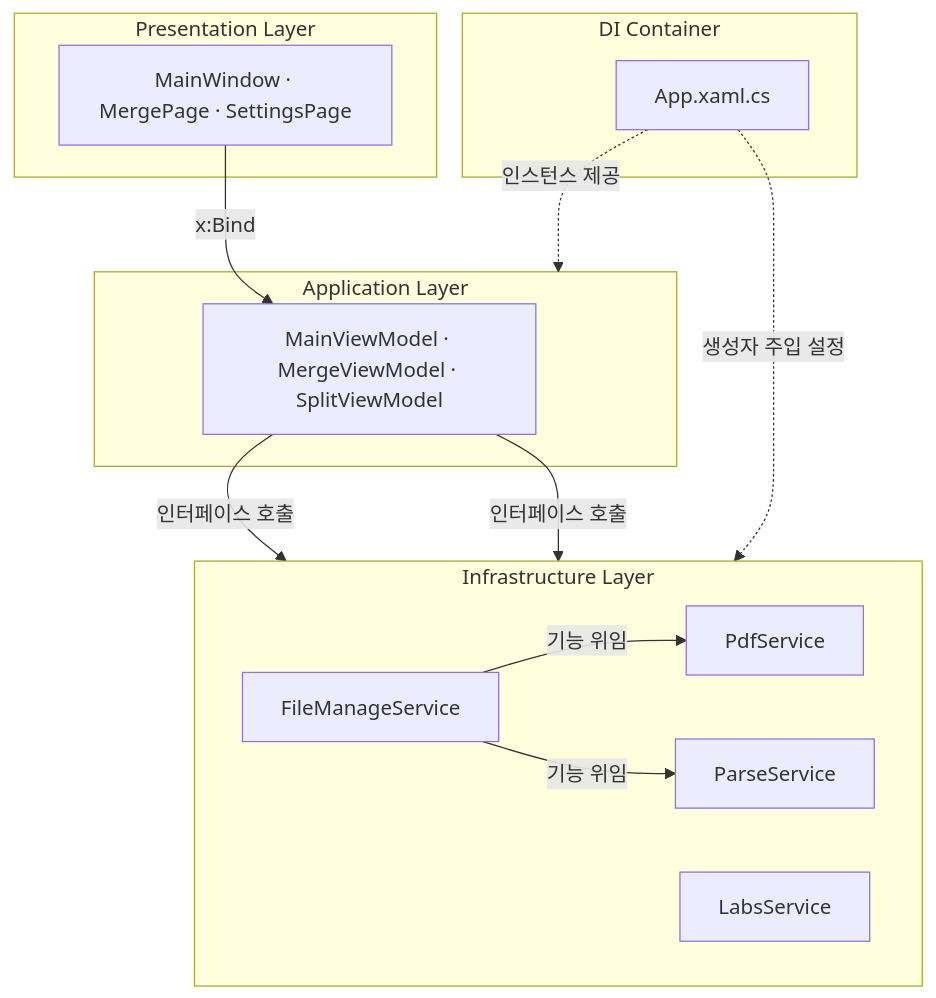
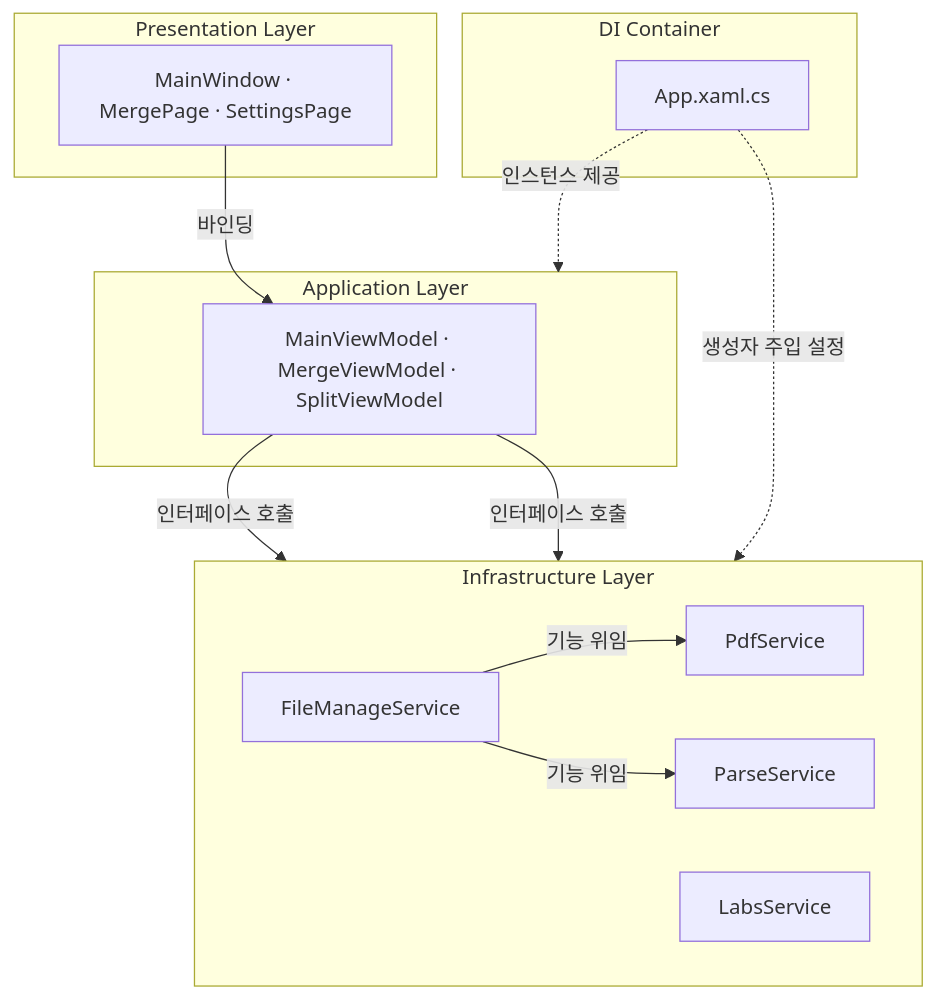
The diagram in _posts/마일스톤/기타 개발/2026-03-27-pascal-devlog.md (hyngng/hyngng.github.io), drawn with Mermaid before and after one commit.

````diff
--- a/_posts/마일스톤/기타 개발/2026-03-27-pascal-devlog.md
+++ b/_posts/마일스톤/기타 개발/2026-03-27-pascal-devlog.md
@@ -117,32 +117,32 @@
 ```mermaid
 flowchart TB
     subgraph Presentation ["Presentation Layer"]
         Views["MainWindow · MergePage · SettingsPage"]
     end
 
     subgraph Application ["Application Layer"]
         VMs["MainViewModel · MergeViewModel · SplitViewModel"]
     end
 
     subgraph Infrastructure ["Infrastructure Layer"]
         direction LR
         FMS["FileManageService"]
         PDFS["PdfService"]
         Parse["ParseService"]
         Labs["LabsService"]
     end
     
     subgraph DI_Container ["DI Container"]
         App["App.xaml.cs"]
     end
 
     App -. "생성자 주입 설정" .-> Infrastructure
     App -. "인스턴스 제공" .-> Application
     
-    Views -- "x:Bind" --> VMs
+    Views -- "바인딩" --> VMs
     VMs -- "인터페이스 호출" --> FMS
     VMs -- "인터페이스 호출" --> Labs
     
     FMS -- "기능 위임" --> PDFS
     FMS -- "기능 위임" --> Parse
 ```
````
